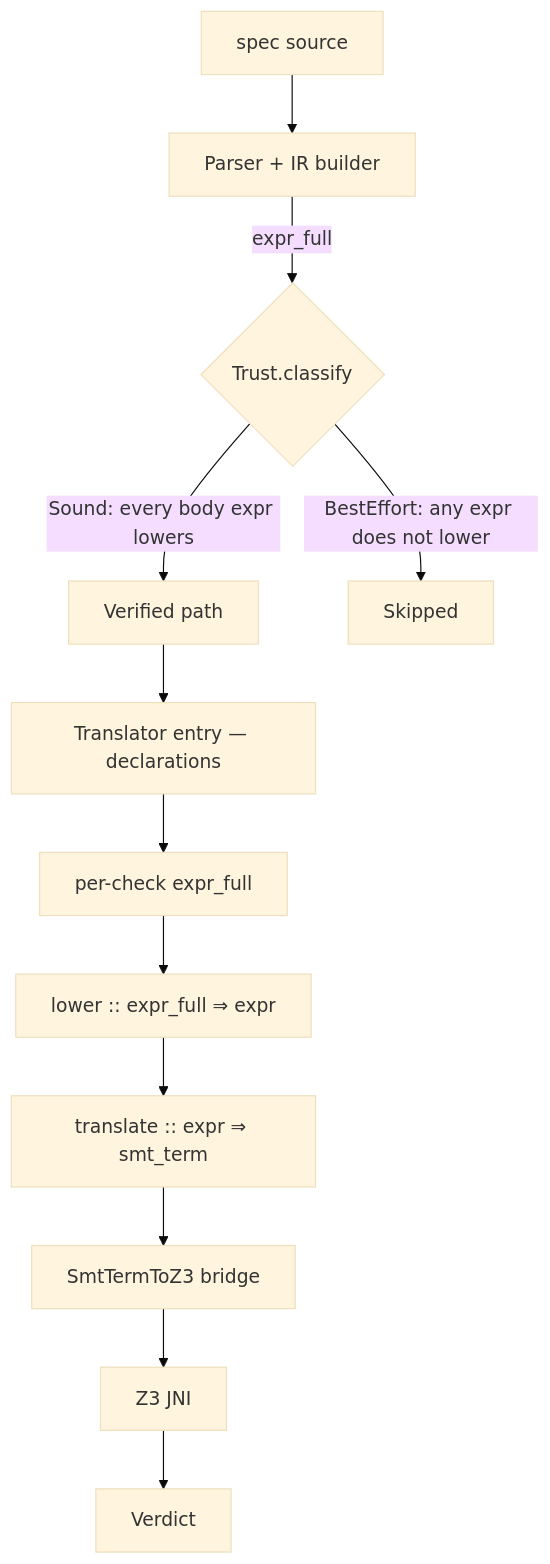
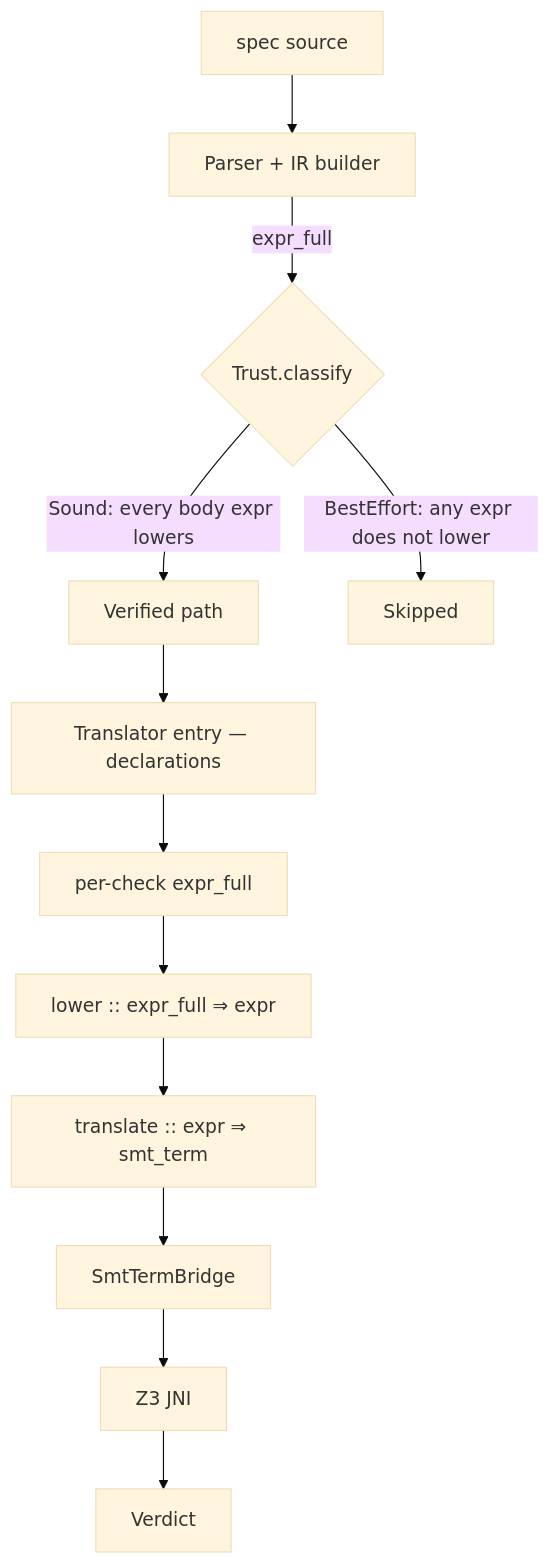
Before and after one commit to HardMax71/spec_to_rest: the diagram in docs/content/docs/research/11_tcb_audit.md, drawn with Mermaid (base theme). The commit also changed other lines of this file and 11 other files, not shown here.

````diff
--- a/docs/content/docs/research/11_tcb_audit.md
+++ b/docs/content/docs/research/11_tcb_audit.md
@@ -37,14 +37,14 @@
 ```mermaid
 flowchart TD
   A[spec source] --> B[Parser + IR builder]
   B -->|expr_full| C{Trust.classify}
   C -->|Sound: every body expr lowers| D[Verified path]
   C -->|BestEffort: any expr does not lower| E[Skipped]
   D --> F[Translator entry — declarations]
   F --> G[per-check expr_full]
   G --> H[lower :: expr_full ⇒ expr]
   H --> I[translate :: expr ⇒ smt_term]
-  I --> J[SmtTermToZ3 bridge]
+  I --> J[SmtTermBridge]
   J --> K[Z3 JNI]
   K --> L[Verdict]
 ```
````
